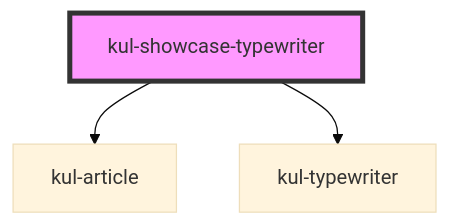
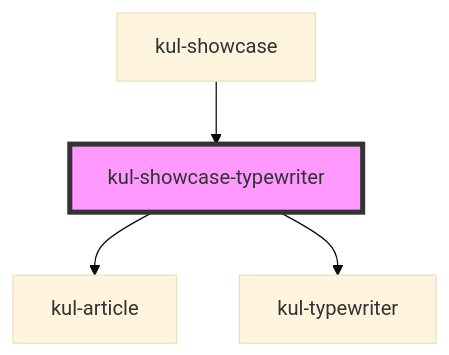
Before and after one commit to lucafoscili/ketchup-lite: the diagram in packages/ketchup-lite/src/components/kul-showcase/components/typewriter/readme.md, drawn with Mermaid (base theme). The commit also changed other lines of this file and 45 other files, not shown here.

````diff
--- a/packages/ketchup-lite/src/components/kul-showcase/components/typewriter/readme.md
+++ b/packages/ketchup-lite/src/components/kul-showcase/components/typewriter/readme.md
@@ -24,6 +28,7 @@
 ```mermaid
 graph TD;
   kul-showcase-typewriter --> kul-article
   kul-showcase-typewriter --> kul-typewriter
+  kul-showcase --> kul-showcase-typewriter
   style kul-showcase-typewriter fill:#f9f,stroke:#333,stroke-width:4px
 ```
````
